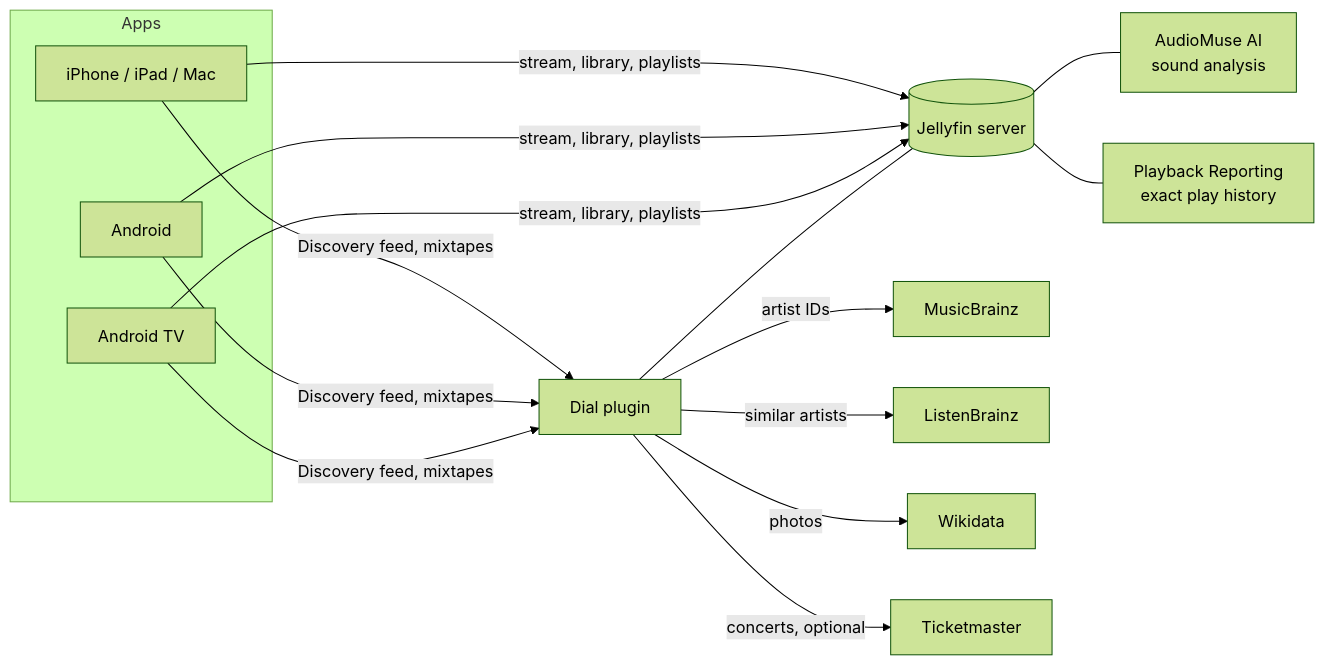
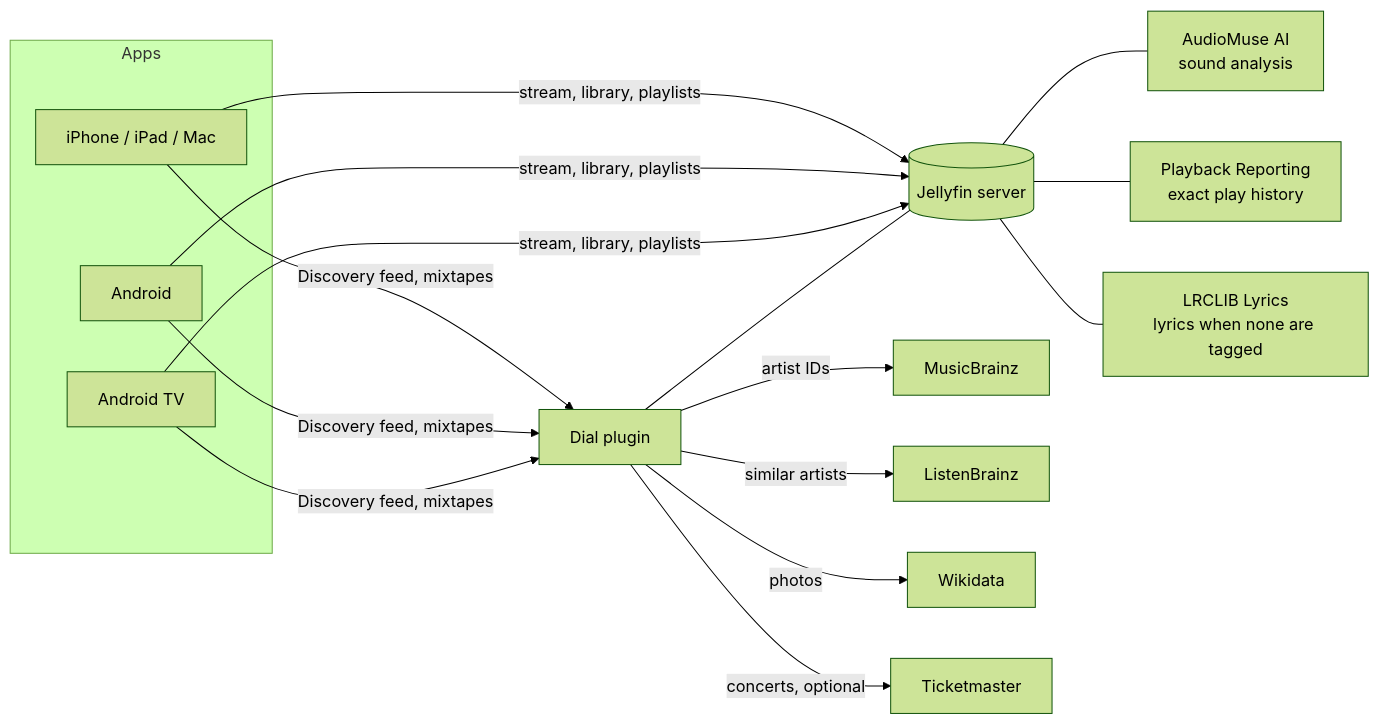
The diagram in README.md (nodescraper/dial), drawn with Mermaid (forest theme) before and after one commit. The commit also changed other lines of this file and 1 other file, not shown here.

Commit message:
README: rewritten around the key features (radio, Discovery, lyrics, mixtapes, stats, Android TV)

````diff
--- a/README.md
+++ b/README.md
@@ -75,17 +95,18 @@
 ```mermaid
 flowchart LR
   subgraph Apps
     A[iPhone / iPad / Mac]
     B[Android]
     C[Android TV]
   end
   A & B & C -->|stream, library, playlists| J[(Jellyfin server)]
   A & B & C -->|Discovery feed, mixtapes| P[Dial plugin]
   P --- J
   J --- M[AudioMuse AI<br/>sound analysis]
   J --- R[Playback Reporting<br/>exact play history]
+  J --- L[LRCLIB Lyrics<br/>lyrics when none are tagged]
   P -->|artist IDs| MB[MusicBrainz]
   P -->|similar artists| LB[ListenBrainz]
   P -->|photos| WD[Wikidata]
   P -->|concerts, optional| TM[Ticketmaster]
 ```
````
